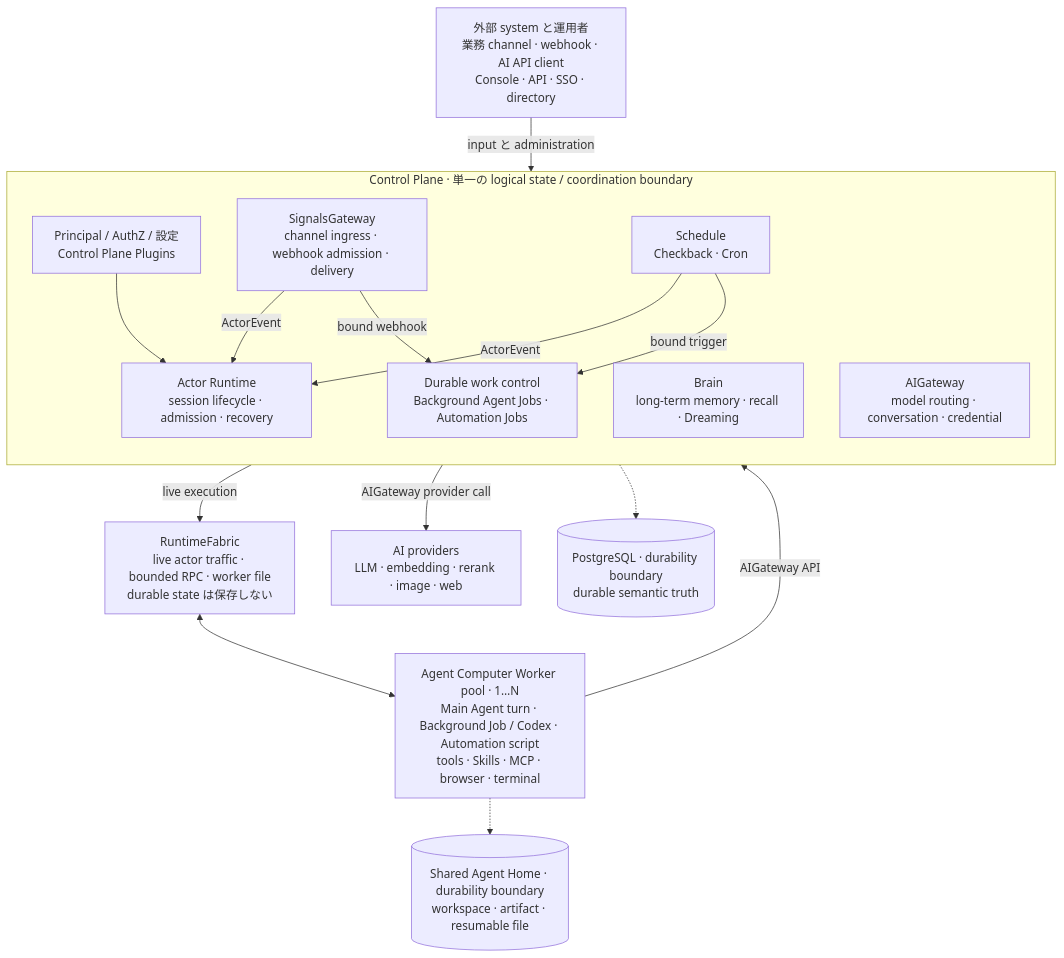
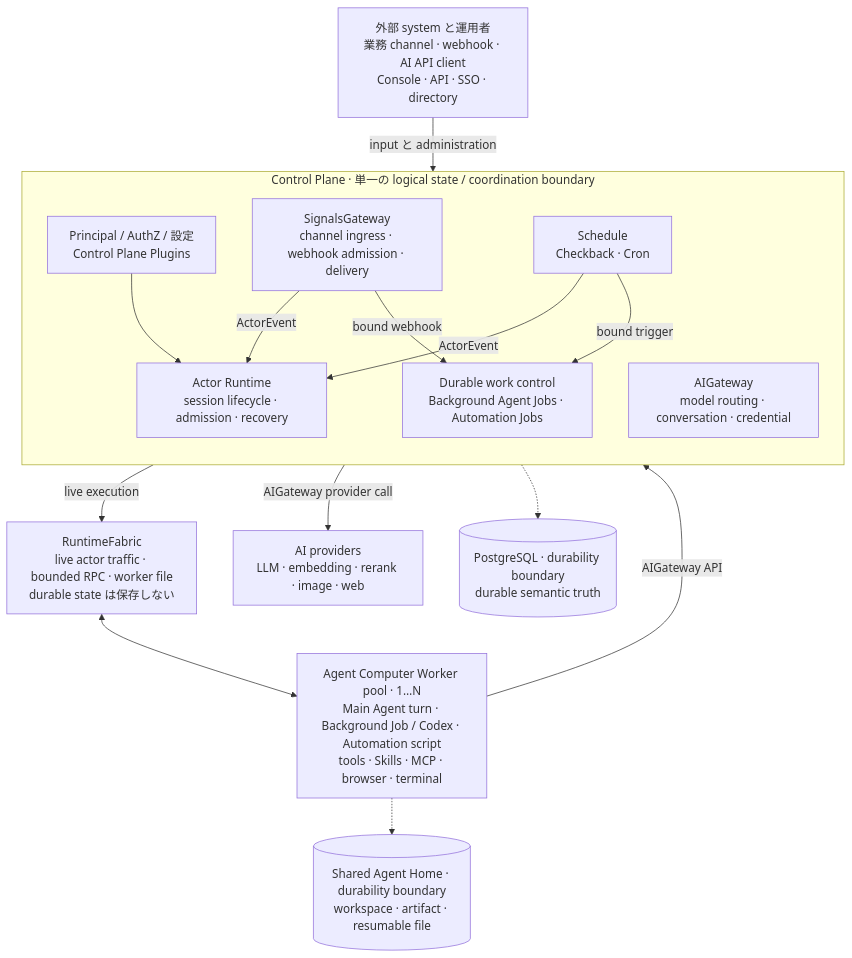
Before and after one commit to AgentBull/ankole: the diagram in README.ja.md, drawn with Mermaid. The commit also changed other lines of this file and 387 other files, not shown here.

````diff
--- a/README.ja.md
+++ b/README.ja.md
@@ -84,35 +78,34 @@
 ```mermaid
 flowchart TB
   External["外部 system と運用者<br/>業務 channel · webhook · AI API client<br/>Console · API · SSO · directory"]
 
   subgraph Control["Control Plane · 単一の logical state / coordination boundary"]
     direction TB
     Platform["Principal / AuthZ / 設定<br/>Control Plane Plugins"]
     SG["SignalsGateway<br/>channel ingress · webhook admission · delivery"]
     Schedule["Schedule<br/>Checkback · Cron"]
     Runtime["Actor Runtime<br/>session lifecycle · admission · recovery"]
     Jobs["Durable work control<br/>Background Agent Jobs · Automation Jobs"]
-    Brain["Brain<br/>long-term memory · recall · Dreaming"]
     AI["AIGateway<br/>model routing · conversation · credential"]
   end
 
   Fabric["RuntimeFabric<br/>live actor traffic · bounded RPC · worker file<br/>durable state は保存しない"]
   Workers["Agent Computer Worker pool · 1…N<br/>Main Agent turn · Background Job / Codex · Automation script<br/>tools · Skills · MCP · browser · terminal"]
   Providers["AI providers<br/>LLM · embedding · rerank · image · web"]
 
   PG[("PostgreSQL · durability boundary<br/>durable semantic truth")]
   Home[("Shared Agent Home · durability boundary<br/>workspace · artifact · resumable file")]
 
   External -->|"input と administration"| Control
   SG -->|"ActorEvent"| Runtime
   Schedule -->|"ActorEvent"| Runtime
   SG -->|"bound webhook"| Jobs
   Schedule -->|"bound trigger"| Jobs
   Platform --> Runtime
   Control -->|"live execution"| Fabric
   Fabric <--> Workers
   Workers -->|"AIGateway API"| Control
   Control -->|"AIGateway provider call"| Providers
   Control -.-> PG
   Workers -.-> Home
 ```
````
